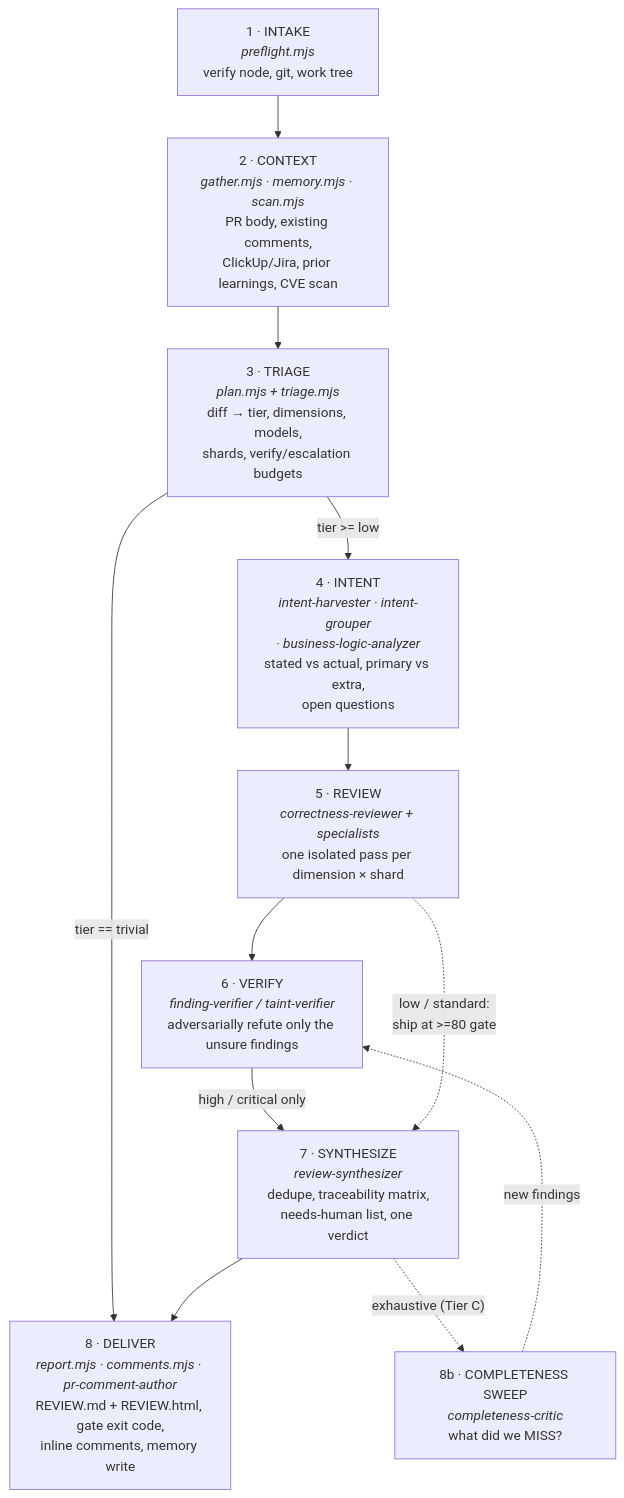
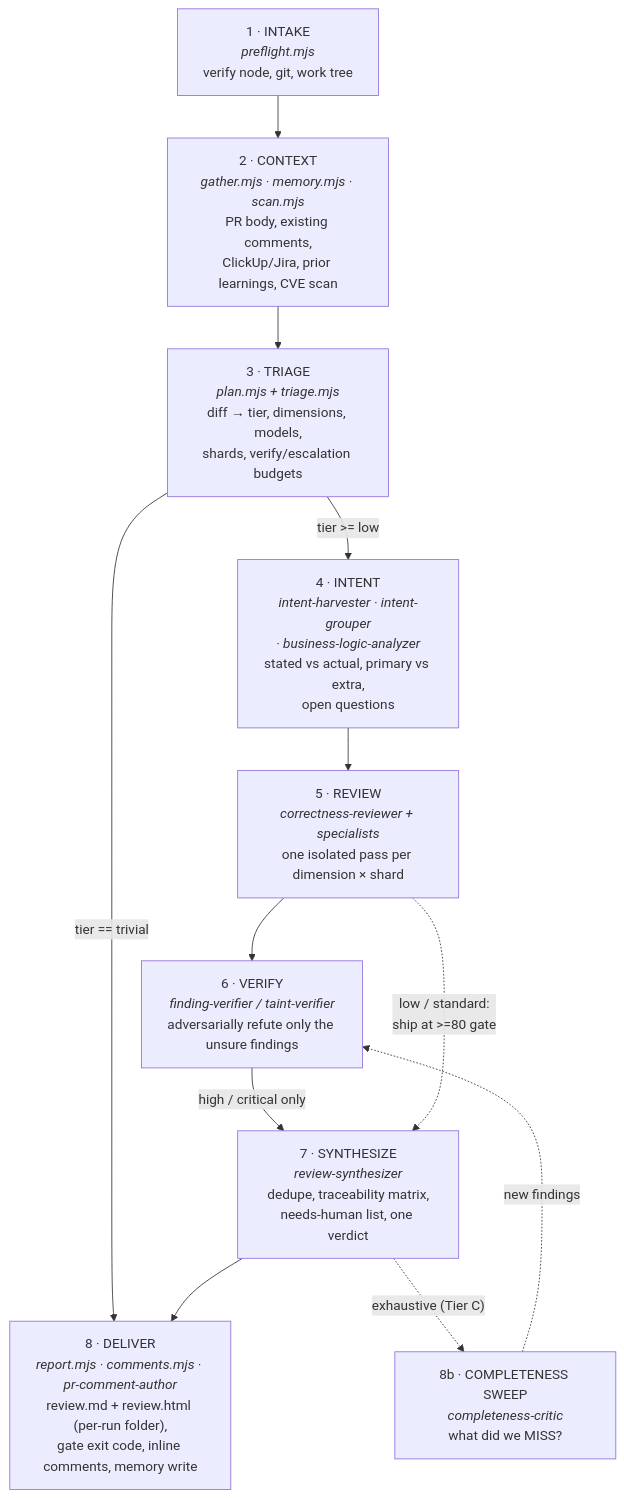
One commit to Tahmid12Khan/agentic-workflows changed the second of 8 diagrams in docs/ARCHITECTURE.md. Above: the diagram before and after it, drawn with Mermaid. The commit also changed other lines of this file and 14 other files, not shown here.

First line of the commit message:
feat(report)!: per-day/per-run folders, timestamps, concise output

````diff
--- a/docs/ARCHITECTURE.md
+++ b/docs/ARCHITECTURE.md
@@ -62,20 +62,20 @@
 ```mermaid
 flowchart TD
   A["1 · INTAKE<br/><i>preflight.mjs</i><br/>verify node, git, work tree"]
   B["2 · CONTEXT<br/><i>gather.mjs · memory.mjs · scan.mjs</i><br/>PR body, existing comments,<br/>ClickUp/Jira, prior learnings, CVE scan"]
   C["3 · TRIAGE<br/><i>plan.mjs + triage.mjs</i><br/>diff → tier, dimensions, models,<br/>shards, verify/escalation budgets"]
   D["4 · INTENT<br/><i>intent-harvester · intent-grouper<br/>· business-logic-analyzer</i><br/>stated vs actual, primary vs extra,<br/>open questions"]
   E["5 · REVIEW<br/><i>correctness-reviewer + specialists</i><br/>one isolated pass per dimension × shard"]
   F["6 · VERIFY<br/><i>finding-verifier / taint-verifier</i><br/>adversarially refute only the unsure findings"]
   G["7 · SYNTHESIZE<br/><i>review-synthesizer</i><br/>dedupe, traceability matrix,<br/>needs-human list, one verdict"]
-  H["8 · DELIVER<br/><i>report.mjs · comments.mjs · pr-comment-author</i><br/>REVIEW.md + REVIEW.html, gate exit code,<br/>inline comments, memory write"]
+  H["8 · DELIVER<br/><i>report.mjs · comments.mjs · pr-comment-author</i><br/>review.md + review.html (per-run folder),<br/>gate exit code, inline comments, memory write"]
 
   A --> B --> C
   C -->|"tier == trivial"| H
   C -->|"tier >= low"| D --> E --> F
   F -->|"high / critical only"| G
   E -.->|"low / standard:<br/>ship at >=80 gate"| G
   G --> H
   G -.->|"exhaustive (Tier C)"| X["8b · COMPLETENESS SWEEP<br/><i>completeness-critic</i><br/>what did we MISS?"]
   X -.->|new findings| F
 ```
````
